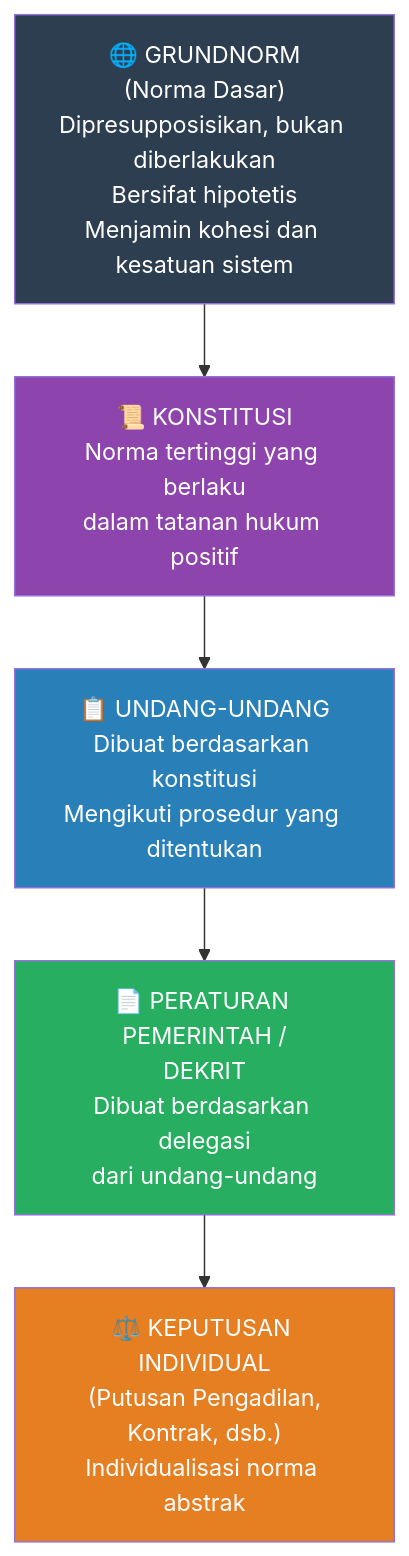
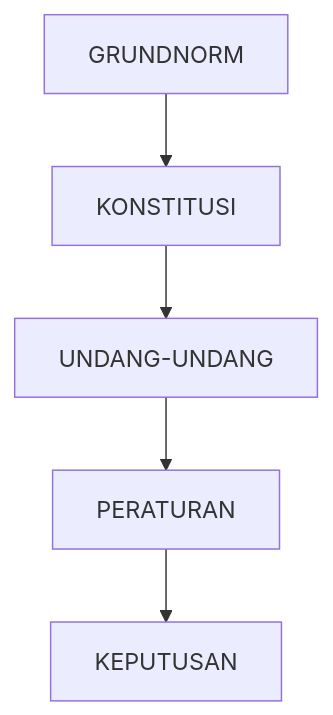
One commit to hifdzimaulana/beate-vivere changed diagram 13 of 15 in content/Lectures/filsafat-hukum-midterm.md. Above: the diagram before and after it, drawn with Mermaid. The commit also changed other lines of this file and 1 other file, not shown here.

Commit message:
Fix mermaid diagrams: replace \n with <br/> and remove emojis

````diff
--- a/content/Lectures/filsafat-hukum-midterm.md
+++ b/content/Lectures/filsafat-hukum-midterm.md
@@ -987,13 +945,7 @@
 ```mermaid
 graph TD
-    A["🌐 GRUNDNORM\n(Norma Dasar)\nDipresupposisikan, bukan diberlakukan\nBersifat hipotetis\nMenjamin kohesi dan kesatuan sistem"] --> B["📜 KONSTITUSI\nNorma tertinggi yang berlaku\ndalam tatanan hukum positif"]
-    B --> C["📋 UNDANG-UNDANG\nDibuat berdasarkan konstitusi\nMengikuti prosedur yang ditentukan"]
-    C --> D["📄 PERATURAN PEMERINTAH /\nDEKRIT\nDibuat berdasarkan delegasi\ndari undang-undang"]
-    D --> E["⚖️ KEPUTUSAN INDIVIDUAL\n(Putusan Pengadilan,\nKontrak, dsb.)\nIndividualisasi norma abstrak"]
-
-    style A fill:#2c3e50,color:#fff
-    style B fill:#8e44ad,color:#fff
-    style C fill:#2980b9,color:#fff
-    style D fill:#27ae60,color:#fff
-    style E fill:#e67e22,color:#fff
+    A["GRUNDNORM"] --> B["KONSTITUSI"]
+    B --> C["UNDANG-UNDANG"]
+    C --> D["PERATURAN"]
+    D --> E["KEPUTUSAN"]
 ```
````
